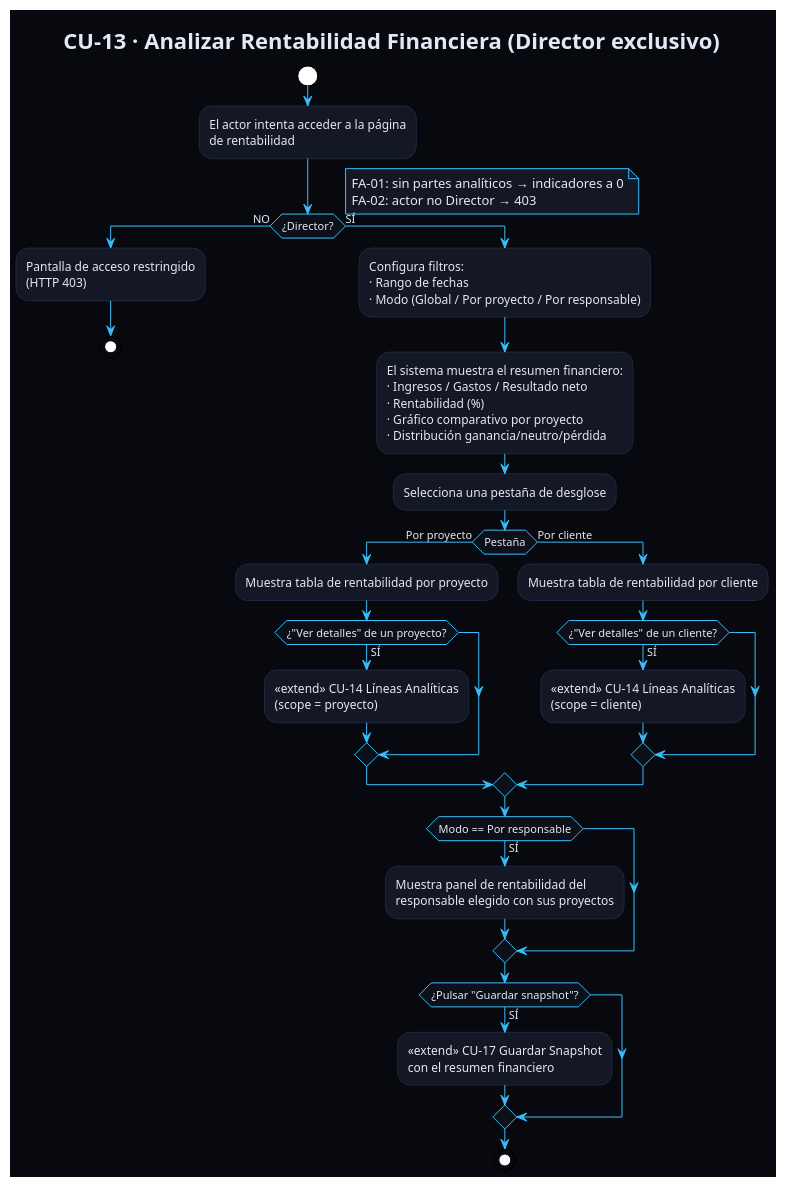
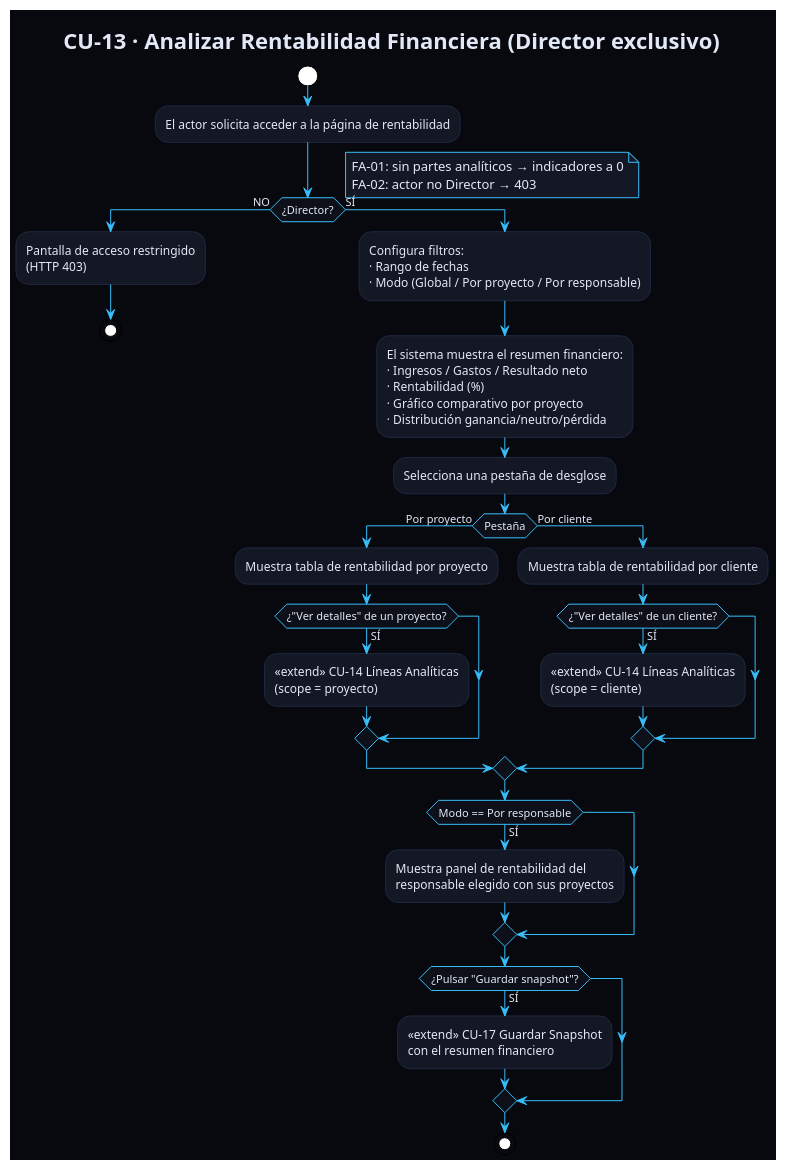
One commit to ceesargaarcia/GII-TFG-2026 changed the diagram in Estudiantes/cesar-garcia-eguiguren/Capítulo-2/diagramas/CdU/flujoCU13.puml. Above: the diagram before and after it, drawn with PlantUML. The commit also changed 49 other files, not shown here.

```diff
--- a/Estudiantes/cesar-garcia-eguiguren/Capítulo-2/diagramas/CdU/flujoCU13.puml
+++ b/Estudiantes/cesar-garcia-eguiguren/Capítulo-2/diagramas/CdU/flujoCU13.puml
@@ -1,67 +1,66 @@
 @startuml flujoCU13
 !theme plain
 skinparam backgroundColor #07090F
 skinparam defaultFontColor #E2E8F5
 skinparam ArrowColor #38BDF8
 skinparam ActivityBorderColor #1E2840
 skinparam ActivityBackgroundColor #141824
 skinparam ActivityDiamondBackgroundColor #0D1018
 skinparam ActivityDiamondBorderColor #38BDF8
 skinparam NoteBackgroundColor #141824
 skinparam NoteBorderColor #38BDF8
 
 title CU-13 · Analizar Rentabilidad Financiera (Director exclusivo)
 
 start
-:El actor intenta acceder a la página
-de rentabilidad;
+:El actor solicita acceder a la página de rentabilidad;
 
 if (¿Director?) then (NO)
   :Pantalla de acceso restringido
   (HTTP 403);
   stop
 else (SÍ)
   :Configura filtros:
   · Rango de fechas
   · Modo (Global / Por proyecto / Por responsable);
 
   :El sistema muestra el resumen financiero:
   · Ingresos / Gastos / Resultado neto
   · Rentabilidad (%)
   · Gráfico comparativo por proyecto
   · Distribución ganancia/neutro/pérdida;
 
   :Selecciona una pestaña de desglose;
 
   if (Pestaña) then (Por proyecto)
     :Muestra tabla de rentabilidad por proyecto;
     if (¿"Ver detalles" de un proyecto?) then (SÍ)
       :<<extend>> CU-14 Líneas Analíticas
       (scope = proyecto);
     endif
   else (Por cliente)
     :Muestra tabla de rentabilidad por cliente;
     if (¿"Ver detalles" de un cliente?) then (SÍ)
       :<<extend>> CU-14 Líneas Analíticas
       (scope = cliente);
     endif
   endif
 
   if (Modo == Por responsable) then (SÍ)
     :Muestra panel de rentabilidad del
     responsable elegido con sus proyectos;
   endif
 
   if (¿Pulsar "Guardar snapshot"?) then (SÍ)
     :<<extend>> CU-17 Guardar Snapshot
     con el resumen financiero;
   endif
   stop
 endif
 
 note right
   FA-01: sin partes analíticos → indicadores a 0
   FA-02: actor no Director → 403
 end note
 
 @enduml
```
